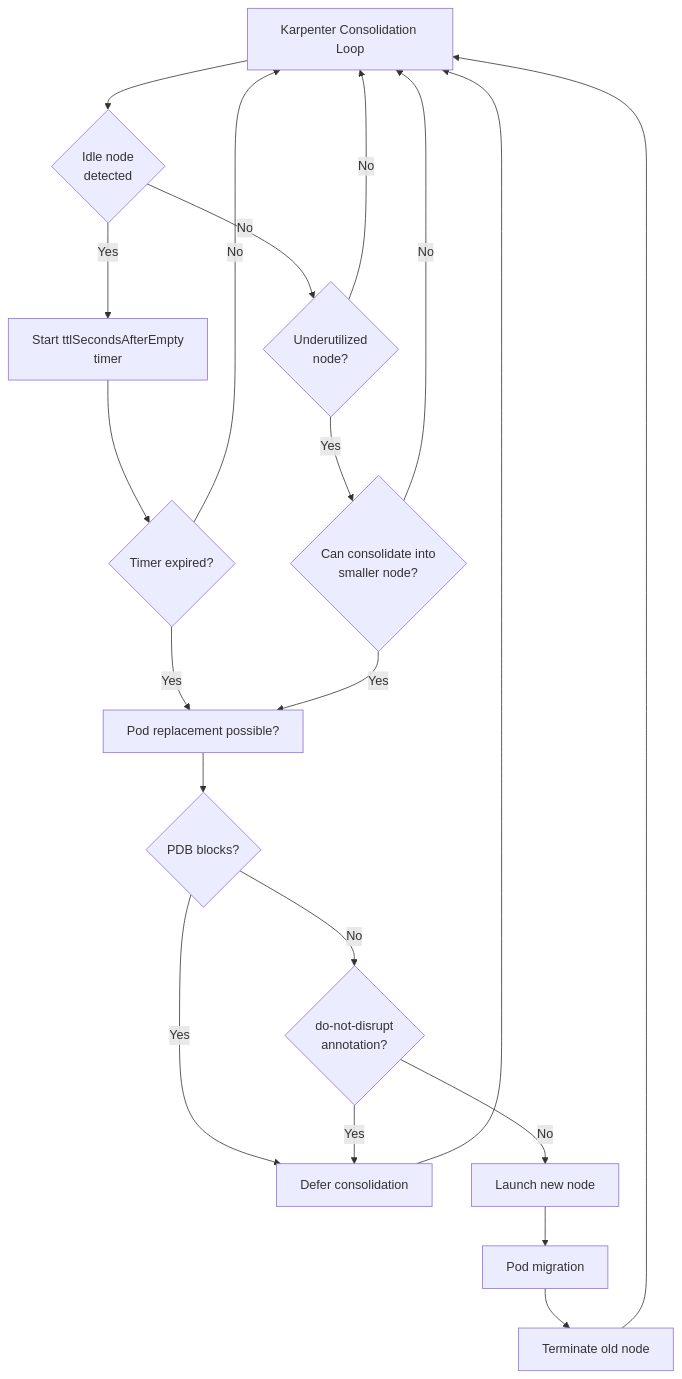
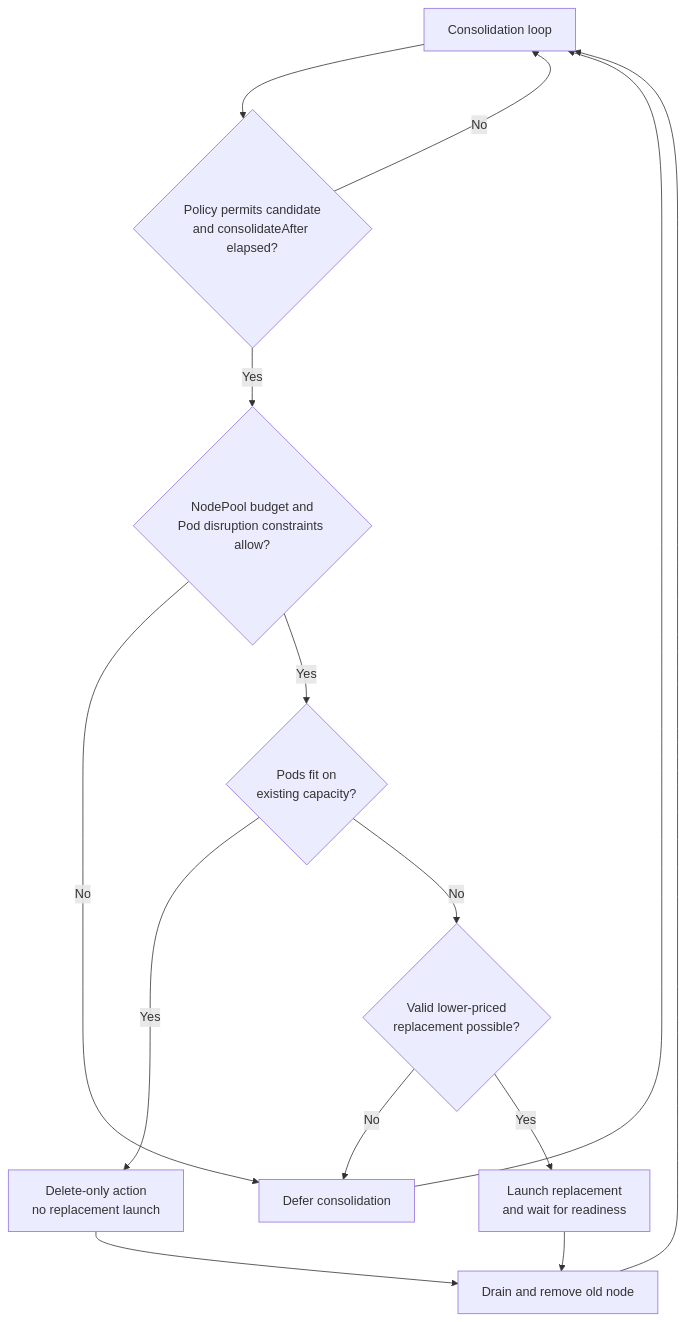
The third of 4 diagrams in i18n/en/docusaurus-plugin-content-docs/current/eks-best-practices/operations-reliability/eks-debugging/karpenter.md (devfloor9/engineering-playbook), drawn with Mermaid before and after one commit. The commit also changed other lines of this file and 2 other files, not shown here.

First line of the commit message:
Correct Karpenter disruption windows and lifecycle diagrams

````diff
--- a/i18n/en/docusaurus-plugin-content-docs/current/eks-best-practices/operations-reliability/eks-debugging/karpenter.md
+++ b/i18n/en/docusaurus-plugin-content-docs/current/eks-best-practices/operations-reliability/eks-debugging/karpenter.md
@@ -202,28 +206,16 @@
 ```mermaid
 flowchart TD
-    A[Karpenter Consolidation Loop] --> B{Idle node<br/>detected}
-    B -->|Yes| C[Start ttlSecondsAfterEmpty<br/>timer]
-    B -->|No| D{Underutilized<br/>node?}
-
-    C --> E{Timer expired?}
-    E -->|Yes| F[Pod replacement possible?]
-    E -->|No| A
-
-    D -->|Yes| G{Can consolidate into<br/>smaller node?}
-    D -->|No| A
-
-    G -->|Yes| F
-    G -->|No| A
-
-    F --> H{PDB blocks?}
-    H -->|Yes| I[Defer consolidation]
-    H -->|No| J{do-not-disrupt<br/>annotation?}
-
-    J -->|Yes| I
-    J -->|No| K[Launch new node]
-
+    A[Consolidation loop] --> B{Policy permits candidate<br/>and consolidateAfter elapsed?}
+    B -->|No| A
+    B -->|Yes| C{NodePool budget and<br/>Pod disruption constraints allow?}
+    C -->|No| I[Defer consolidation]
+    C -->|Yes| D{Pods fit on<br/>existing capacity?}
+    D -->|Yes| E[Delete-only action<br/>no replacement launch]
+    D -->|No| F{Valid lower-priced<br/>replacement possible?}
+    F -->|No| I
+    F -->|Yes| G[Launch replacement<br/>and wait for readiness]
+    E --> H[Drain and remove old node]
+    G --> H
+    H --> A
     I --> A
-    K --> L[Pod migration]
-    L --> M[Terminate old node]
-    M --> A
 ```
````
